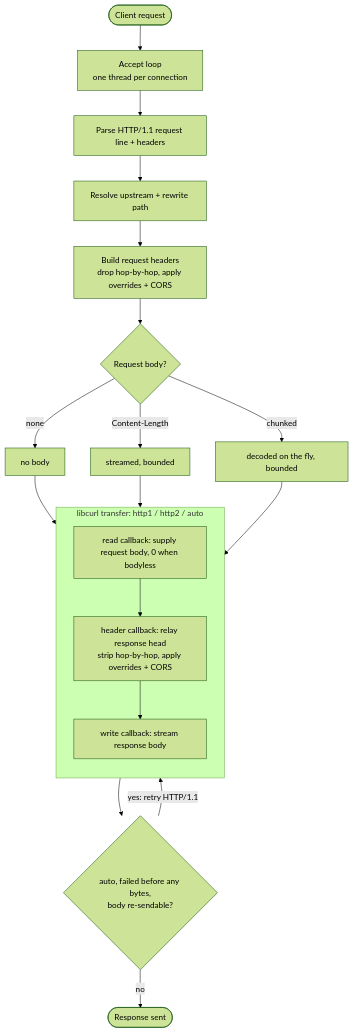
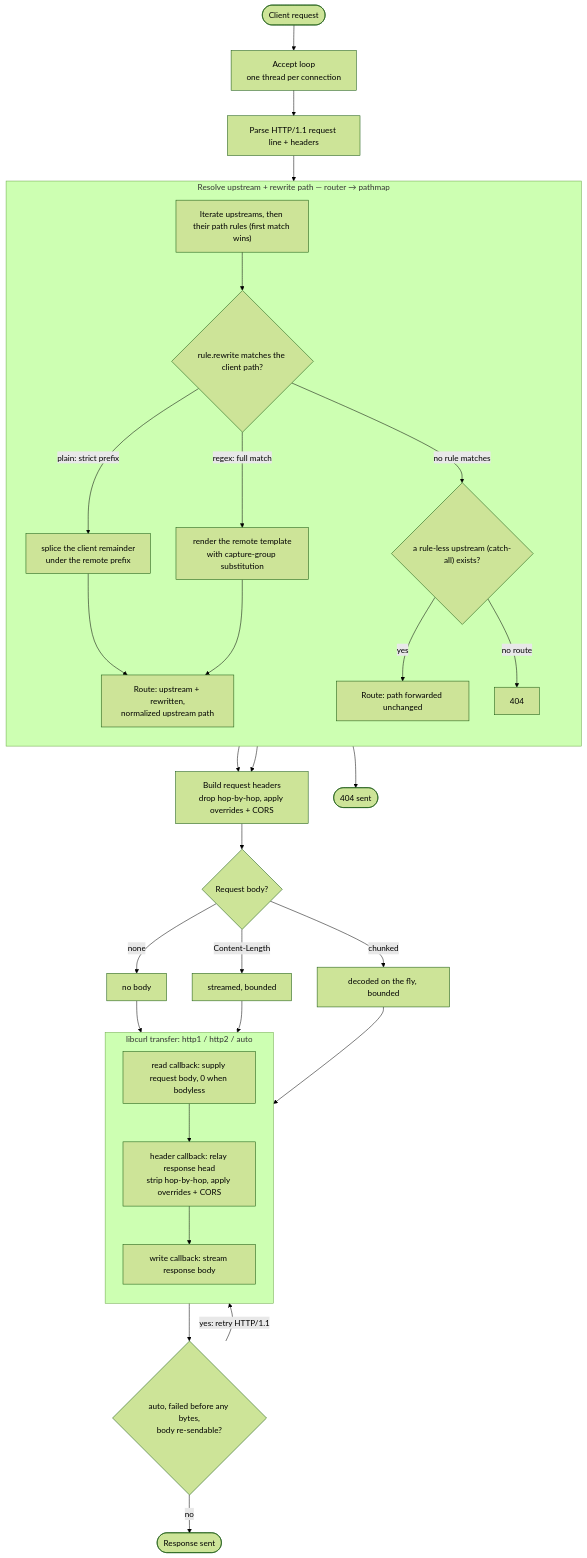
Before and after one commit to Machinic-io/MxProxy: the diagram in README.md, drawn with Mermaid (forest theme). The commit also changed other lines of this file and 10 other files, not shown here.

Commit message:
Implement regex path remapping

````diff
--- a/README.md
+++ b/README.md
@@ -24,24 +24,38 @@
 ```mermaid
 flowchart TD
     A([Client request]) --> B[Accept loop<br/>one thread per connection]
     B --> C[Parse HTTP/1.1 request line + headers]
-    C --> D[Resolve upstream + rewrite path]
-    D --> E[Build request headers<br/>drop hop-by-hop, apply overrides + CORS]
+    C --> RESOLVE
+    subgraph RESOLVE ["Resolve upstream + rewrite path — router → pathmap"]
+        direction TB
+        P1["Iterate upstreams, then their path rules (first match wins)"]
+        P1 --> P2{"rule.rewrite matches the client path?"}
+        P2 -->|"plain: strict prefix"| P3["splice the client remainder<br/>under the remote prefix"]
+        P2 -->|"regex: full match"| P4["render the remote template<br/>with capture-group substitution"]
+        P3 --> P5["Route: upstream + rewritten,<br/>normalized upstream path"]
+        P4 --> P5
+        P2 -->|"no rule matches"| P6{"a rule-less upstream (catch-all) exists?"}
+        P6 -->|"yes"| P7["Route: path forwarded unchanged"]
+        P6 -->|"no route"| P8["404"]
+    end
+    P5 --> E[Build request headers<br/>drop hop-by-hop, apply overrides + CORS]
+    P7 --> E
+    P8 --> Z404([404 sent])
     E --> F{Request body?}
     F -->|none| G[no body]
     F -->|Content-Length| H[streamed, bounded]
     F -->|chunked| I[decoded on the fly, bounded]
     G --> TRANSFER
     H --> TRANSFER
     I --> TRANSFER
     subgraph TRANSFER ["libcurl transfer: http1 / http2 / auto"]
         direction TB
         R1[read callback: supply request body, 0 when bodyless]
         R2[header callback: relay response head<br/>strip hop-by-hop, apply overrides + CORS]
         R3[write callback: stream response body]
         R1 --> R2 --> R3
     end
     TRANSFER --> FB{"auto, failed before any bytes,<br/>body re-sendable?"}
     FB -->|yes: retry HTTP/1.1| TRANSFER
     FB -->|no| Z([Response sent])
 ```
````
